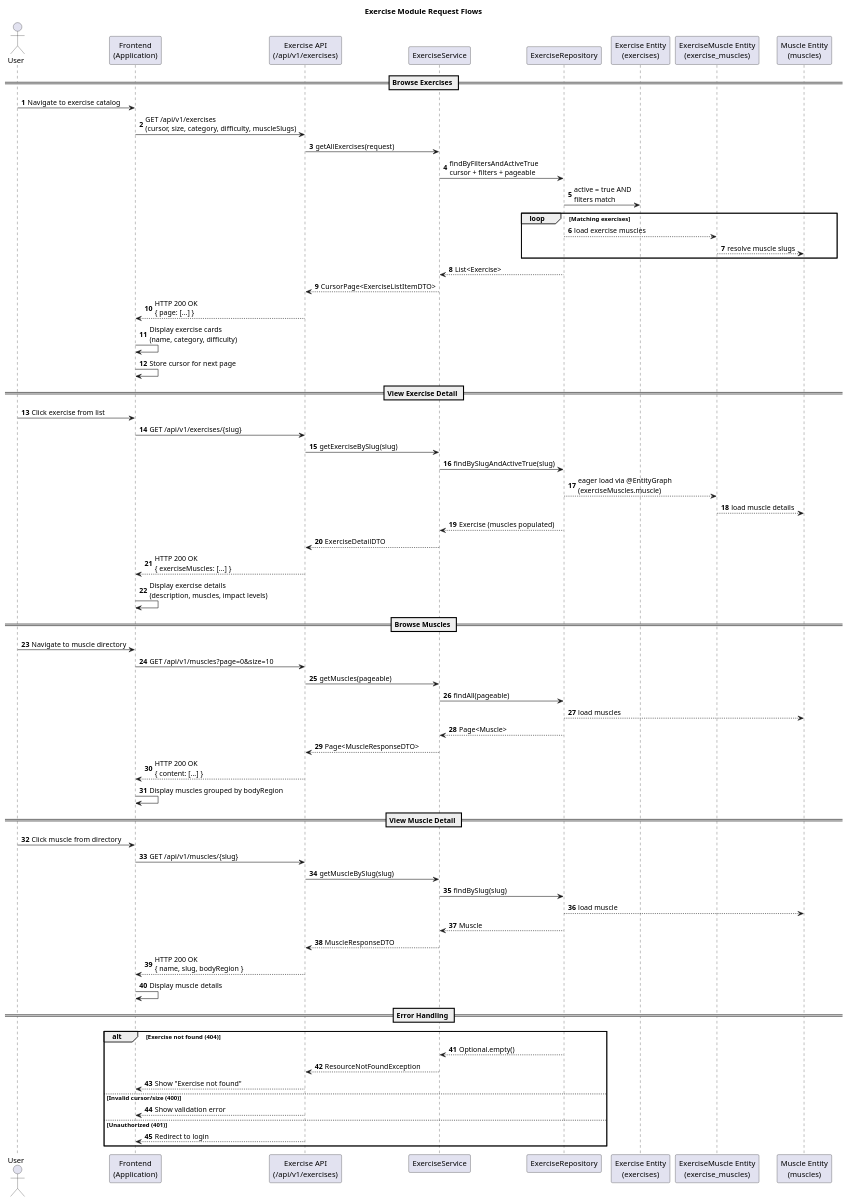
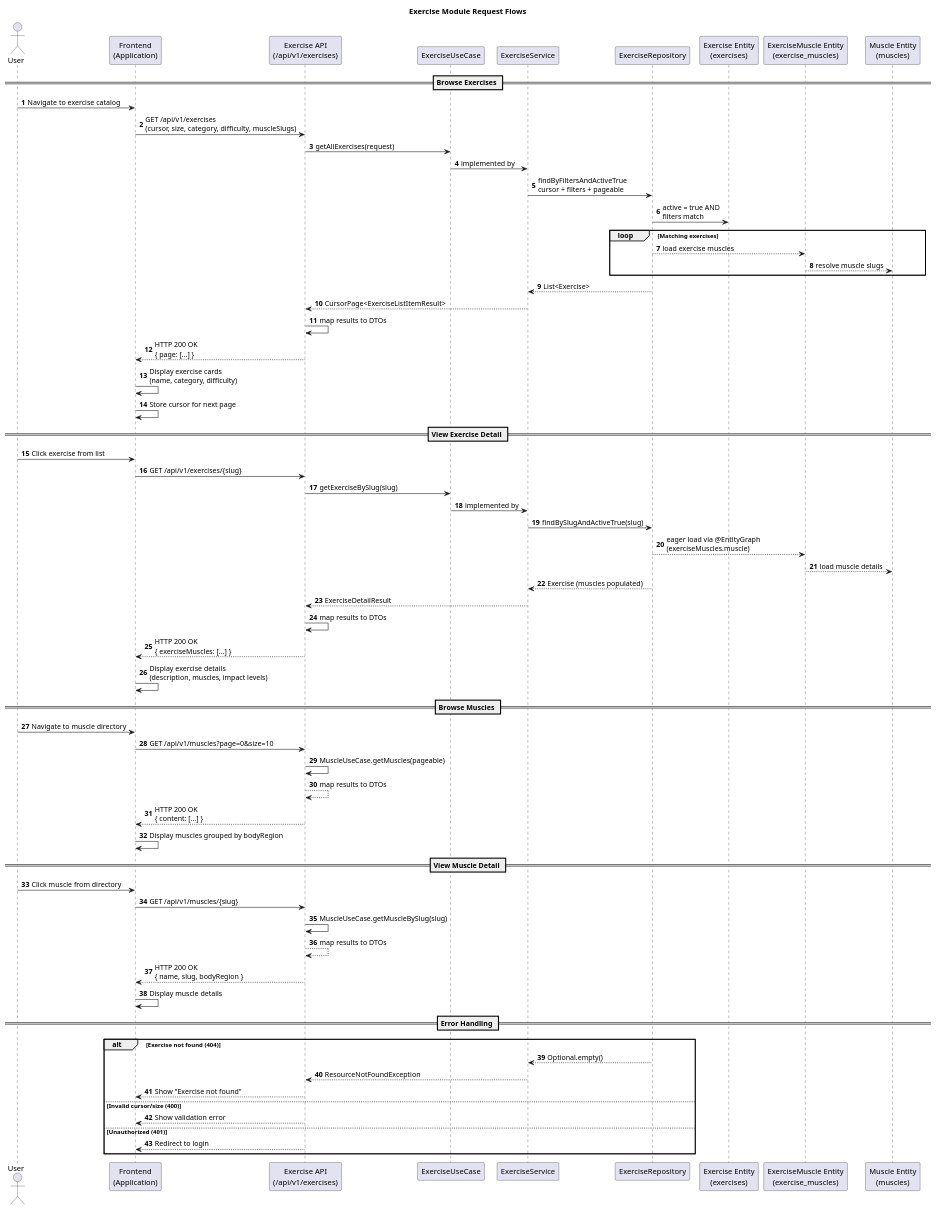
One commit to genesshoan/fitness-tracker-api changed the diagram in docs/exercise/exercise-sequence.puml. Above: the diagram before and after it, drawn with PlantUML. The commit also changed 47 other files, not shown here.

```diff
--- a/docs/exercise/exercise-sequence.puml
+++ b/docs/exercise/exercise-sequence.puml
@@ -1,75 +1,74 @@
 @startuml exercise-sequence
 
 title Exercise Module Request Flows
 
 autonumber
 actor User
 participant "Frontend\n(Application)" as FE
 participant "Exercise API\n(/api/v1/exercises)" as API
+participant "ExerciseUseCase" as EUC
 participant "ExerciseService" as ES
 participant "ExerciseRepository" as ER
 participant "Exercise Entity\n(exercises)" as EX
 participant "ExerciseMuscle Entity\n(exercise_muscles)" as EXM
 participant "Muscle Entity\n(muscles)" as MUS
 
 == Browse Exercises ==
 User -> FE : Navigate to exercise catalog
 FE -> API : GET /api/v1/exercises\n(cursor, size, category, difficulty, muscleSlugs)
-API -> ES : getAllExercises(request)
+API -> EUC : getAllExercises(request)
+EUC -> ES : implemented by
 ES -> ER : findByFiltersAndActiveTrue\ncursor + filters + pageable
 ER -> EX : active = true AND\nfilters match
 loop Matching exercises
     ER --> EXM : load exercise muscles
     EXM --> MUS : resolve muscle slugs
 end
 ER --> ES : List<Exercise>
-ES --> API : CursorPage<ExerciseListItemDTO>
+ES --> API : CursorPage<ExerciseListItemResult>
+API -> API : map results to DTOs
 API --> FE : HTTP 200 OK\n{ page: [...] }
 FE -> FE : Display exercise cards\n(name, category, difficulty)
 FE -> FE : Store cursor for next page
 
 == View Exercise Detail ==
 User -> FE : Click exercise from list
 FE -> API : GET /api/v1/exercises/{slug}
-API -> ES : getExerciseBySlug(slug)
+API -> EUC : getExerciseBySlug(slug)
+EUC -> ES : implemented by
 ES -> ER : findBySlugAndActiveTrue(slug)
 ER --> EXM : eager load via @EntityGraph\n(exerciseMuscles.muscle)
 EXM --> MUS : load muscle details
 ER --> ES : Exercise (muscles populated)
-ES --> API : ExerciseDetailDTO
+ES --> API : ExerciseDetailResult
+API -> API : map results to DTOs
 API --> FE : HTTP 200 OK\n{ exerciseMuscles: [...] }
 FE -> FE : Display exercise details\n(description, muscles, impact levels)
 
 == Browse Muscles ==
 User -> FE : Navigate to muscle directory
 FE -> API : GET /api/v1/muscles?page=0&size=10
-API -> ES : getMuscles(pageable)
-ES -> ER : findAll(pageable)
-ER --> MUS : load muscles
-ER --> ES : Page<Muscle>
-ES --> API : Page<MuscleResponseDTO>
+API -> API : MuscleUseCase.getMuscles(pageable)
+API --> API : map results to DTOs
 API --> FE : HTTP 200 OK\n{ content: [...] }
 FE -> FE : Display muscles grouped by bodyRegion
 
 == View Muscle Detail ==
 User -> FE : Click muscle from directory
 FE -> API : GET /api/v1/muscles/{slug}
-API -> ES : getMuscleBySlug(slug)
-ES -> ER : findBySlug(slug)
-ER --> MUS : load muscle
-ER --> ES : Muscle
-ES --> API : MuscleResponseDTO
+API -> API : MuscleUseCase.getMuscleBySlug(slug)
+API --> API : map results to DTOs
 API --> FE : HTTP 200 OK\n{ name, slug, bodyRegion }
 FE -> FE : Display muscle details
 
 == Error Handling ==
 alt Exercise not found (404)
     ER --> ES : Optional.empty()
     ES --> API : ResourceNotFoundException
     API --> FE : Show "Exercise not found"
 else Invalid cursor/size (400)
     API --> FE : Show validation error
 else Unauthorized (401)
     API --> FE : Redirect to login
 end
 @enduml
```
